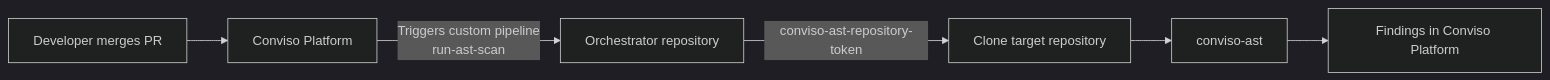
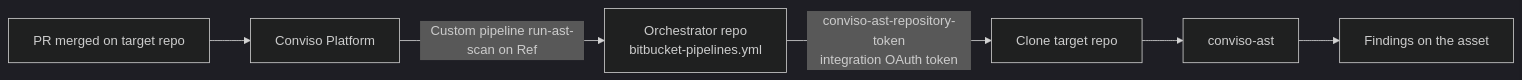
Before and after one commit to convisoappsec/conviso-docs: the diagram in docs/integrations/bitbucket-ast-orchestrator.md, drawn with Mermaid (dark theme). The commit also changed other lines of this file, not shown here.

Commit message:
Update bitbucket orchestarto doc

````diff
--- a/docs/integrations/bitbucket-ast-orchestrator.md
+++ b/docs/integrations/bitbucket-ast-orchestrator.md
@@ -23,8 +27,8 @@
 ```mermaid
 flowchart LR
-    A[Developer merges PR] --> B[Conviso Platform]
-    B -->|Triggers custom pipeline<br/>run-ast-scan| C[Orchestrator repository]
-    C -->|conviso-ast-repository-token| D[Clone target repository]
+    A[PR merged on target repo] --> B[Conviso Platform]
+    B -->|Custom pipeline run-ast-scan on Ref| C[Orchestrator repo<br/>bitbucket-pipelines.yml]
+    C -->|conviso-ast-repository-token<br/>integration OAuth token| D[Clone target repo]
     D --> E[conviso-ast]
-    E --> F[Findings in Conviso Platform]
+    E --> F[Findings on the asset]
 ```
````
